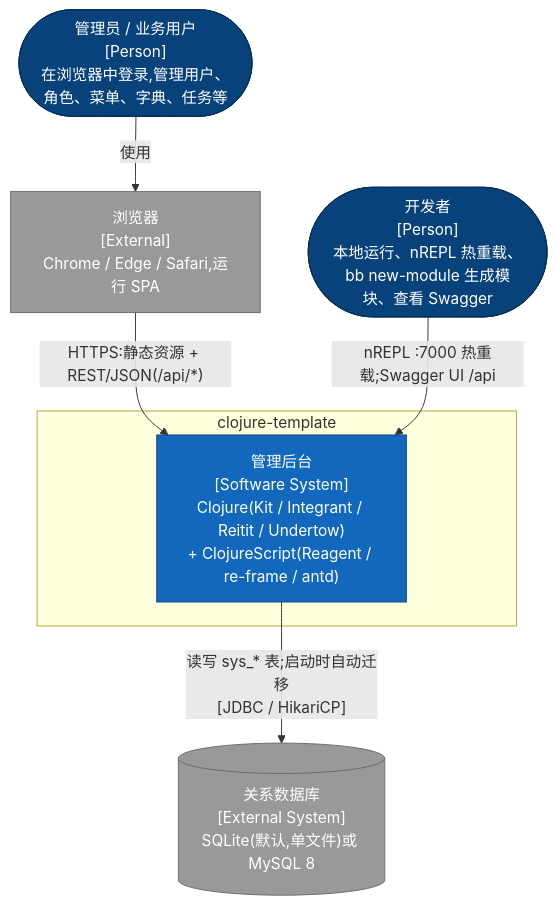
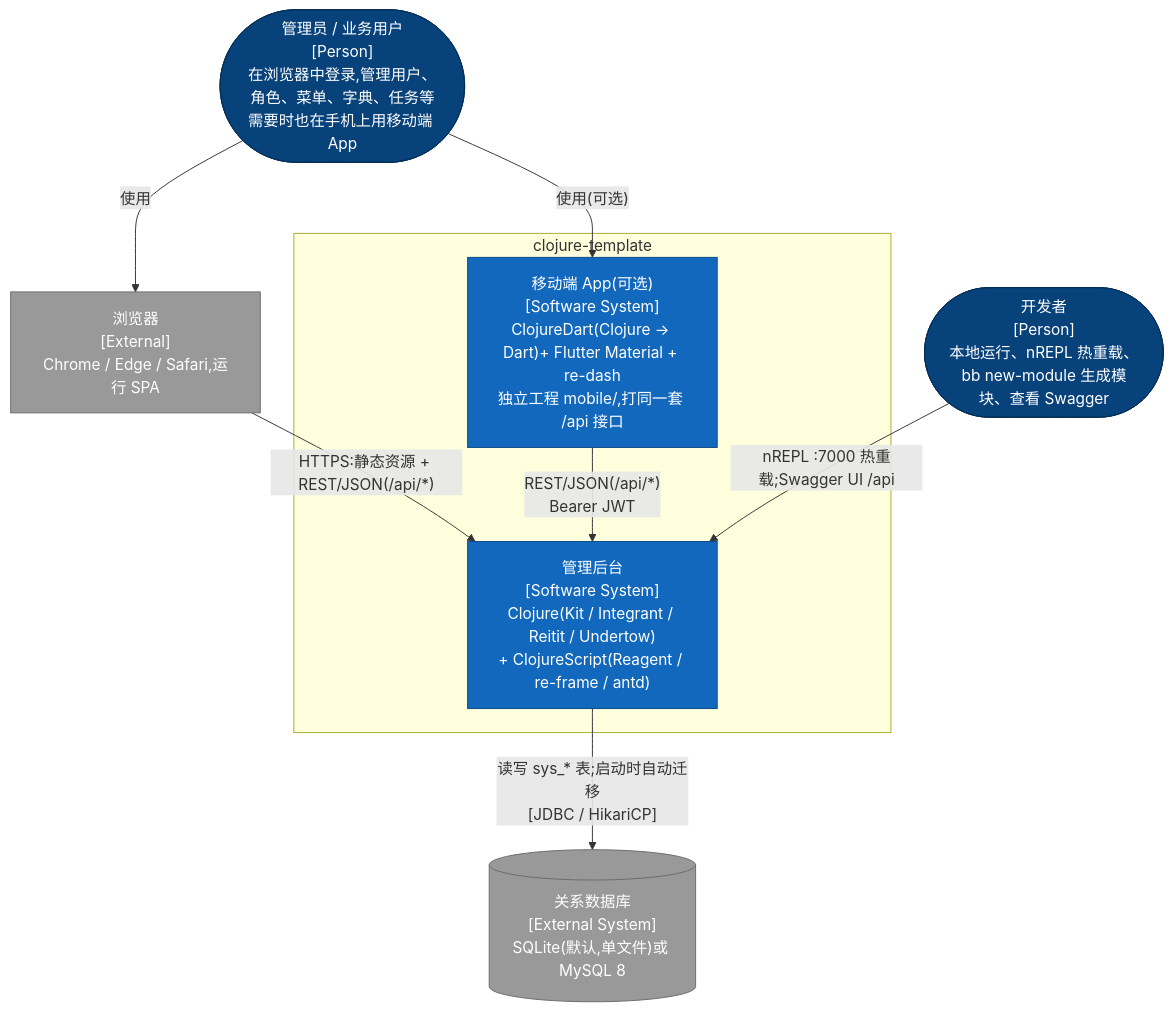
Before and after one commit to RedCreationTech/clj-cljs-template: the first of 16 diagrams in docs/architecture/c4-model.org, drawn with Mermaid. The commit also changed other lines of this file and 14 other files, not shown here.

First line of the commit message:
docs(architecture): 设计文档补上移动端这一层,并清掉本文里 5 处过期助手

```diff
--- a/docs/architecture/c4-model.org
+++ b/docs/architecture/c4-model.org
@@ -67,17 +69,20 @@
 #+begin_src mermaid :file img/c4-context.svg :exports results
 flowchart TB
-  admin(["管理员 / 业务用户<br/>[Person]<br/>在浏览器中登录,管理用户、角色、菜单、字典、任务等"]):::person
+  admin(["管理员 / 业务用户<br/>[Person]<br/>在浏览器中登录,管理用户、角色、菜单、字典、任务等<br/>需要时也在手机上用移动端 App"]):::person
   dev(["开发者<br/>[Person]<br/>本地运行、nREPL 热重载、bb new-module 生成模块、查看 Swagger"]):::person
   browser["浏览器<br/>[External]<br/>Chrome / Edge / Safari,运行 SPA"]:::ext
   subgraph SYS["clojure-template"]
     app["管理后台<br/>[Software System]<br/>Clojure(Kit / Integrant / Reitit / Undertow)<br/>+ ClojureScript(Reagent / re-frame / antd)"]:::system
+    mobile["移动端 App(可选)<br/>[Software System]<br/>ClojureDart(Clojure → Dart)+ Flutter Material + re-dash<br/>独立工程 mobile/,打同一套 /api 接口"]:::system
   end
   db[("关系数据库<br/>[External System]<br/>SQLite(默认,单文件)或 MySQL 8")]:::ext
   admin -- 使用 --> browser
+  admin -- "使用(可选)" --> mobile
   browser -- "HTTPS:静态资源 + REST/JSON(/api/*)" --> app
+  mobile -- "REST/JSON(/api/*)<br/>Bearer JWT" --> app
   dev -- "nREPL :7000 热重载;Swagger UI /api" --> app
   app -- "读写 sys_* 表;启动时自动迁移<br/>[JDBC / HikariCP]" --> db
   classDef person fill:#08427b,stroke:#052e56,color:#fff
   classDef system fill:#1168bd,stroke:#0b4884,color:#fff
   classDef ext fill:#999999,stroke:#6b6b6b,color:#fff
 #+end_src
```
